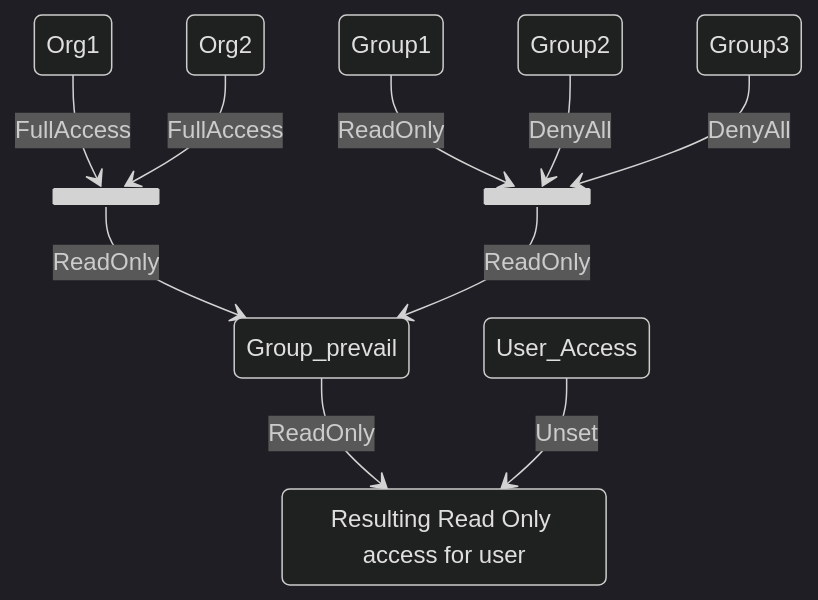
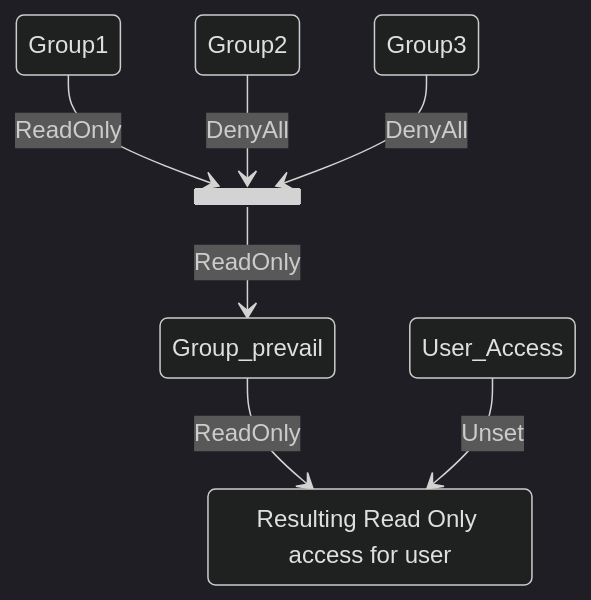
Before and after one commit to theguly/iris-doc-src: the second of 2 diagrams in docs/operations/access_control/index.md, drawn with Mermaid (dark theme). The commit also changed other lines of this file and 18 other files, not shown here.

````diff
--- a/docs/operations/access_control/index.md
+++ b/docs/operations/access_control/index.md
@@ -53,18 +47,13 @@
 ``` mermaid
 stateDiagram-v2
-    state join_orgs <<join>>
-    Org1 --> join_orgs: FullAccess
-    Org2 --> join_orgs: FullAccess
-    join_orgs --> Group_prevail: ReadOnly
-
     state join_groups <<join>>
     Group1 --> join_groups: ReadOnly
     Group2 --> join_groups: DenyAll
     Group3 --> join_groups: DenyAll
     join_groups --> Group_prevail: ReadOnly
 
     Effective_ReadOnly: Resulting Read Only access for user
     Group_prevail --> Effective_ReadOnly: ReadOnly 
 
     User_Access --> Effective_ReadOnly: Unset
 ```
````
